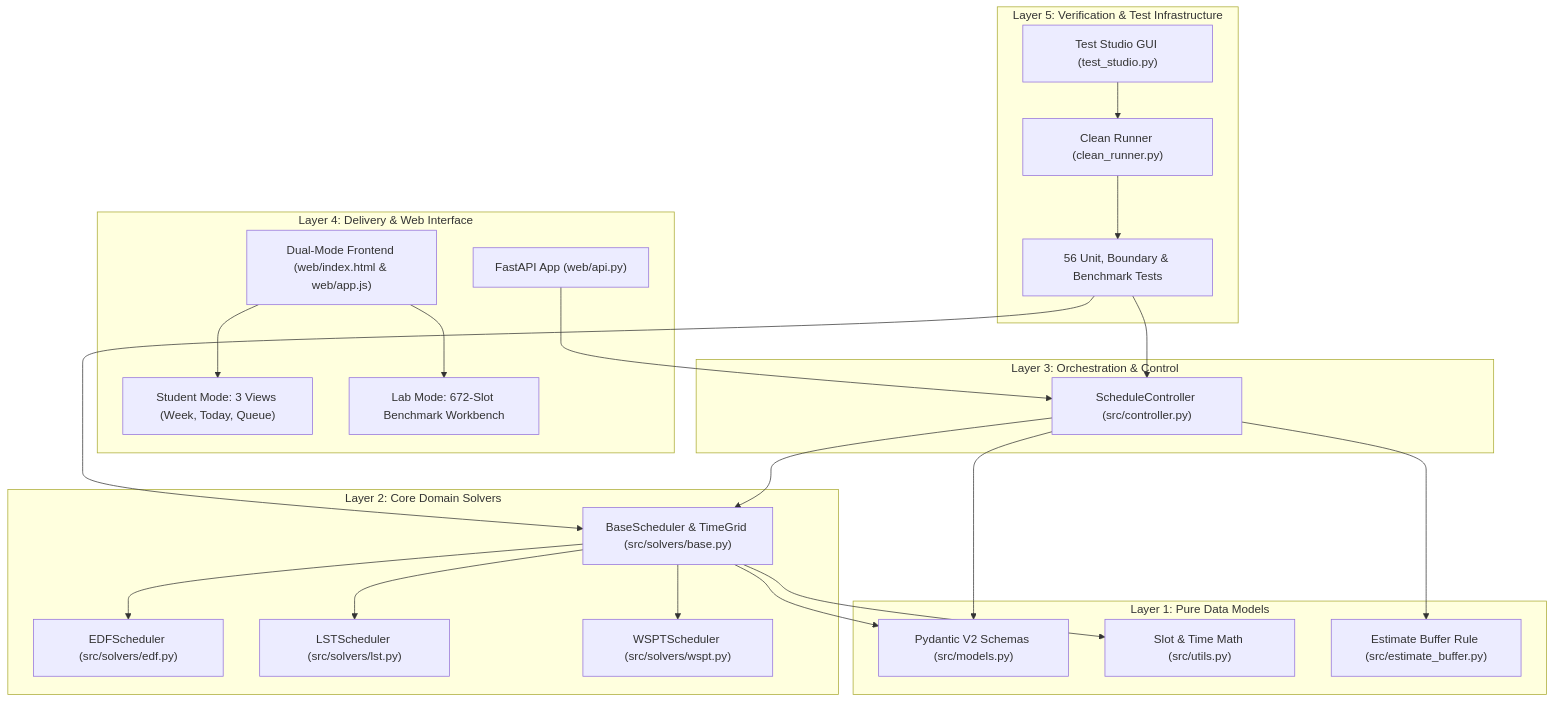
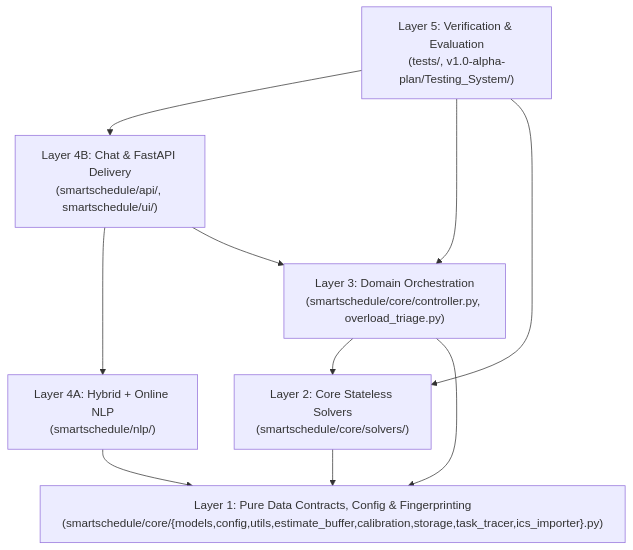
Before and after one commit to TNKhanh1/Computational-Thinking---Group-Project: the diagram in agents/progress/system_architecture.md, drawn with Mermaid. The commit also changed other lines of this file and 26 other files, not shown here.

Commit message:
docs(sync): overhaul agents, docs, and v1.0-alpha-plan hubs for v1.0-alpha

````diff
--- a/agents/progress/system_architecture.md
+++ b/agents/progress/system_architecture.md
@@ -14,46 +13,19 @@
 ```mermaid
 flowchart TD
-    subgraph Layer5["Layer 5: Verification & Test Infrastructure"]
-        Studio["Test Studio GUI (test_studio.py)"]
-        CleanRunner["Clean Runner (clean_runner.py)"]
-        Suites["56 Unit, Boundary & Benchmark Tests"]
-    end
+    L5["Layer 5: Verification & Evaluation\n(tests/, v1.0-alpha-plan/Testing_System/)"]
+    L4B["Layer 4B: Chat & FastAPI Delivery\n(smartschedule/api/, smartschedule/ui/)"]
+    L4A["Layer 4A: Hybrid + Online NLP\n(smartschedule/nlp/)"]
+    L3["Layer 3: Domain Orchestration\n(smartschedule/core/controller.py, overload_triage.py)"]
+    L2["Layer 2: Core Stateless Solvers\n(smartschedule/core/solvers/)"]
+    L1["Layer 1: Pure Data Contracts, Config & Fingerprinting\n(smartschedule/core/{models,config,utils,estimate_buffer,calibration,storage,task_tracer,ics_importer}.py)"]
 
-    subgraph Layer4["Layer 4: Delivery & Web Interface"]
-        API["FastAPI App (web/api.py)"]
-        DualUI["Dual-Mode Frontend (web/index.html & web/app.js)"]
-        DualUI --> StudentUI["Student Mode: 3 Views (Week, Today, Queue)"]
-        DualUI --> LabUI["Lab Mode: 672-Slot Benchmark Workbench"]
-    end
-
-    subgraph Layer3["Layer 3: Orchestration & Control"]
-        Controller["ScheduleController (src/controller.py)"]
-    end
-
-    subgraph Layer2["Layer 2: Core Domain Solvers"]
-        Base["BaseScheduler & TimeGrid (src/solvers/base.py)"]
-        EDF["EDFScheduler (src/solvers/edf.py)"]
-        LST["LSTScheduler (src/solvers/lst.py)"]
-        WSPT["WSPTScheduler (src/solvers/wspt.py)"]
-    end
-
-    subgraph Layer1["Layer 1: Pure Data Models"]
-        Models["Pydantic V2 Schemas (src/models.py)"]
-        Utils["Slot & Time Math (src/utils.py)"]
-        Buffer["Estimate Buffer Rule (src/estimate_buffer.py)"]
-    end
-
-    Studio --> CleanRunner
-    CleanRunner --> Suites
-    Suites --> Controller
-    Suites --> Base
-    API --> Controller
-    Controller --> Base
-    Controller --> Models
-    Controller --> Buffer
-    Base --> EDF
-    Base --> LST
-    Base --> WSPT
-    Base --> Models
-    Base --> Utils
+    L5 --> L4B
+    L5 --> L3
+    L5 --> L2
+    L4B --> L4A
+    L4B --> L3
+    L4A --> L1
+    L3 --> L2
+    L3 --> L1
+    L2 --> L1
 ```
````
